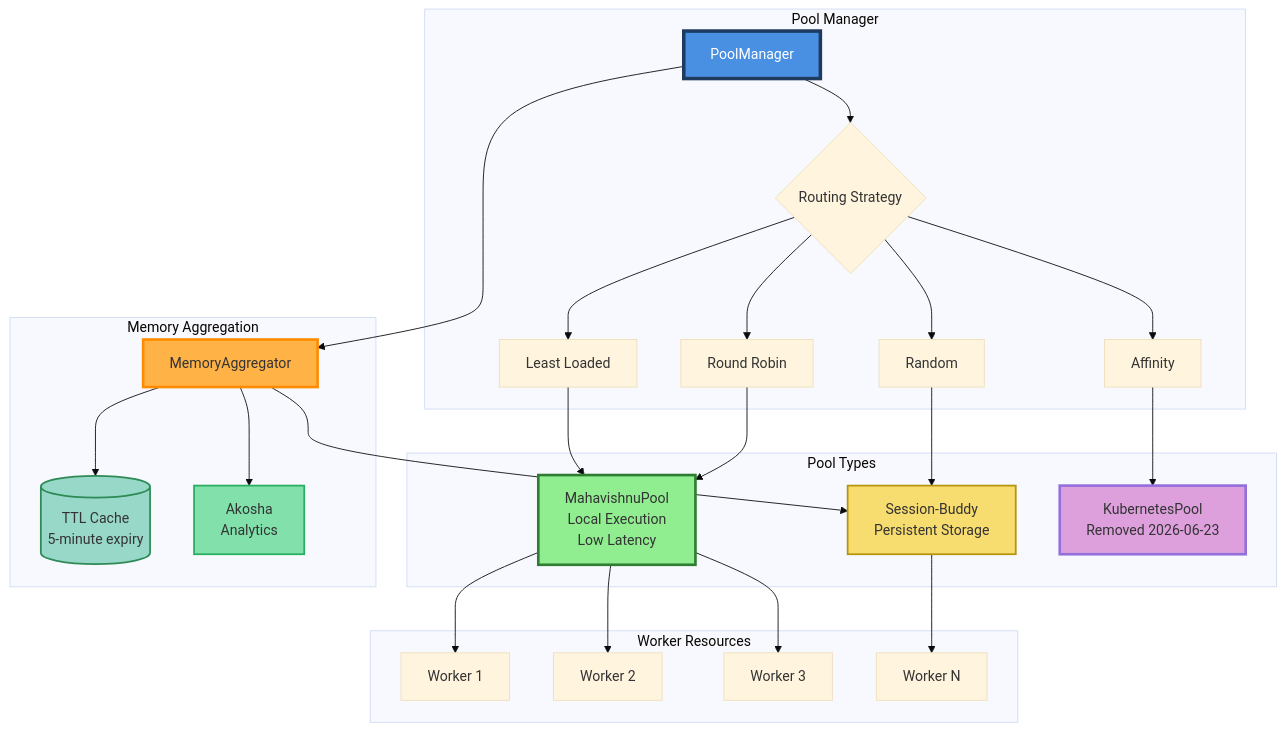
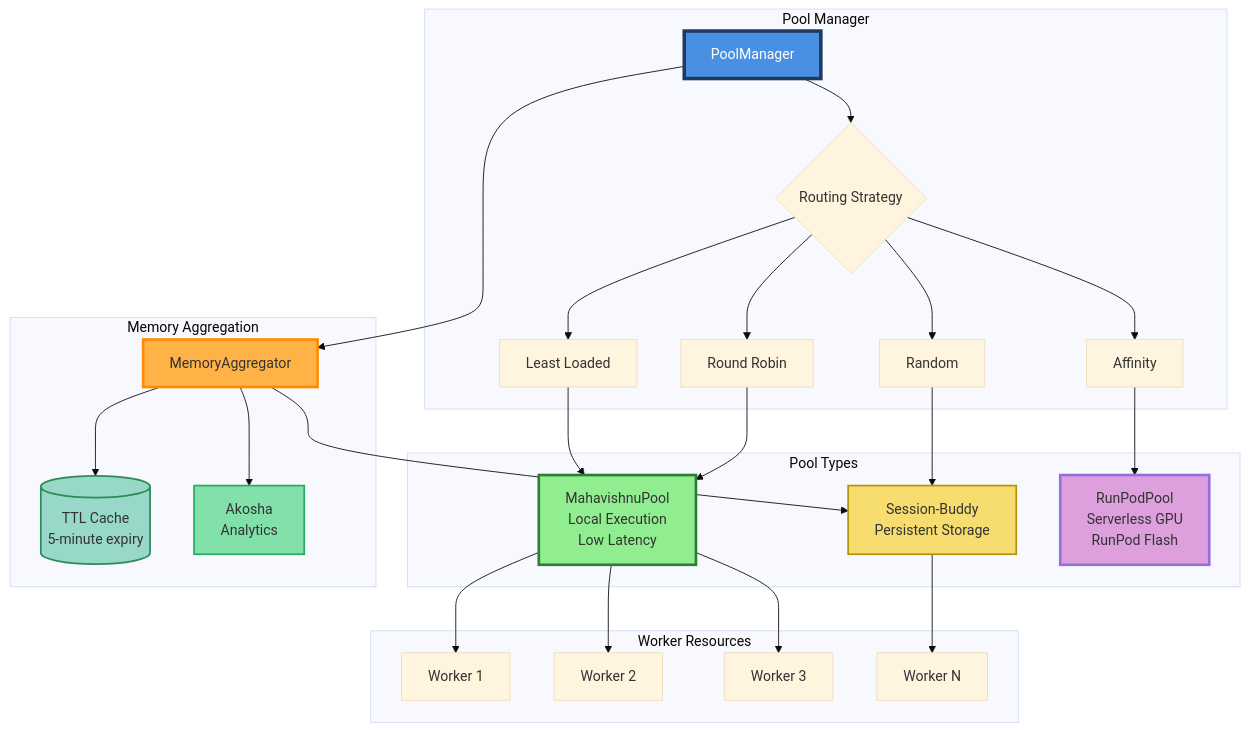
The second of 24 diagrams in docs/VISUAL_GUIDE.md (lesleslie/mahavishnu), drawn with Mermaid (base theme) before and after one commit. The commit also changed other lines of this file, not shown here.

````diff
--- a/docs/VISUAL_GUIDE.md
+++ b/docs/VISUAL_GUIDE.md
@@ -141,63 +143,63 @@
 ```mermaid
 graph TB
     subgraph "Pool Manager"
         PM[PoolManager]
         Route{Routing Strategy}
         Load[Least Loaded]
         RR[Round Robin]
         Rand[Random]
         Aff[Affinity]
     end
 
     subgraph "Pool Types"
         MP[MahavishnuPool<br/>Local Execution<br/>Low Latency]
-        SB[SessionBuddyPool<br/>Delegated<br/>Remote Workers]
-        KP[KubernetesPool<br/>Removed 2026-06-23]
+        SB[SessionBuddyPool<br/>Delegated<br/>3 workers / instance]
+        RP[RunPodPool<br/>Serverless GPU<br/>RunPod Flash]
     end
 
     subgraph "Worker Resources"
         W1[Worker 1]
         W2[Worker 2]
         W3[Worker 3]
         WN[Worker N]
     end
 
     subgraph "Memory Aggregation"
         MA[MemoryAggregator]
         Cache[(TTL Cache<br/>5-minute expiry)]
         SB[Session-Buddy<br/>Persistent Storage]
         AK[Akosha<br/>Analytics]
     end
 
     %% Connections
     PM --> Route
     Route --> Load
     Route --> RR
     Route --> Rand
     Route --> Aff
 
     Load --> MP
     RR --> MP
     Rand --> SB
-    Aff --> KP
+    Aff --> RP
 
     MP --> W1
     MP --> W2
     MP --> W3
     SB --> WN
 
     PM --> MA
     MA --> Cache
     MA --> SB
     MA --> AK
 
     %% Styling
     style PM fill:#4A90E2,stroke:#1E3A5F,stroke-width:4px,color:#fff
     style MP fill:#90EE90,stroke:#2E7D32,stroke-width:3px
     style SB fill:#87CEEB,stroke:#4682B4,stroke-width:3px
-    style KP fill:#DDA0DD,stroke:#9370DB,stroke-width:3px
+    style RP fill:#DDA0DD,stroke:#9370DB,stroke-width:3px
     style MA fill:#FFB347,stroke:#FF8C00,stroke-width:3px
     style Cache fill:#98D8C8,stroke:#2E8B57,stroke-width:2px
     style SB fill:#F7DC6F,stroke:#B7950B,stroke-width:2px
     style AK fill:#82E0AA,stroke:#27AE60,stroke-width:2px
 ```
````
